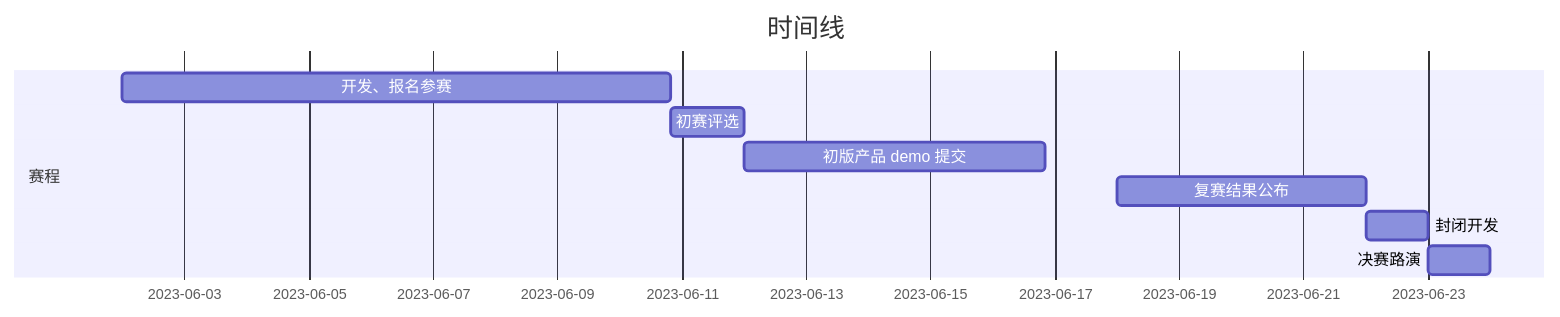
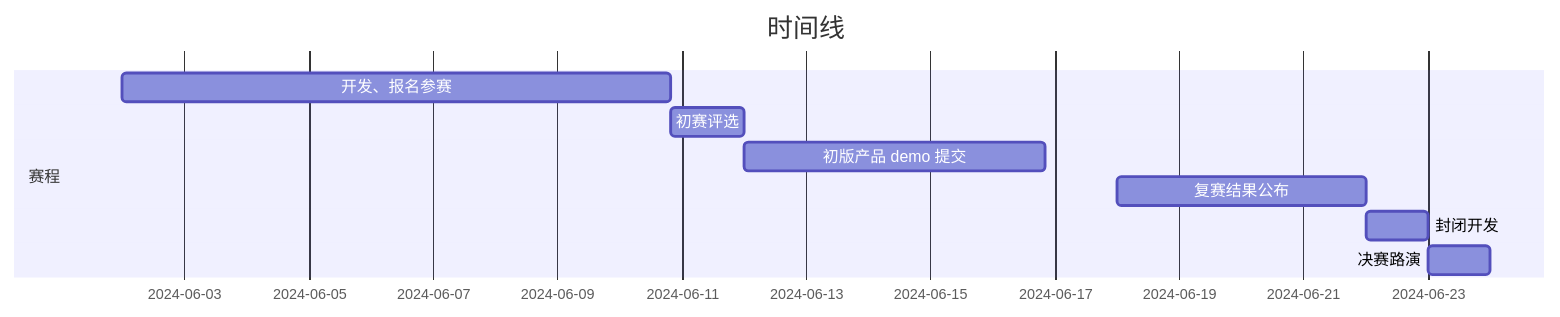
The fifth of 5 diagrams in README.md (Yuyz0112/hackathons), drawn with Mermaid before and after one commit.

````diff
--- a/README.md
+++ b/README.md
@@ -104,13 +104,13 @@
 ```mermaid
 gantt
     title 时间线
     dateFormat  YYYY-MM-DDTHH:mm
 
-    section 赛程 
-        开发、报名参赛: 2023-06-02T00:00, 2023-06-10T20:00
-        初赛评选: 2023-06-10T20:00, 2023-06-12T00:00
-        初版产品 demo 提交: 2023-06-12T00:00, 2023-06-16T20:00
-        复赛结果公布: 2023-06-18T00:00, 2023-06-22T00:00
-        封闭开发: 2023-06-22T00:00, 2023-06-23T00:00
-        决赛路演: 2023-06-23T00:00, 2023-06-24T00:00
+    section 赛程
+        开发、报名参赛: 2024-06-02T00:00, 2024-06-10T20:00
+        初赛评选: 2024-06-10T20:00, 2024-06-12T00:00
+        初版产品 demo 提交: 2024-06-12T00:00, 2024-06-16T20:00
+        复赛结果公布: 2024-06-18T00:00, 2024-06-22T00:00
+        封闭开发: 2024-06-22T00:00, 2024-06-23T00:00
+        决赛路演: 2024-06-23T00:00, 2024-06-24T00:00
 ```
````
